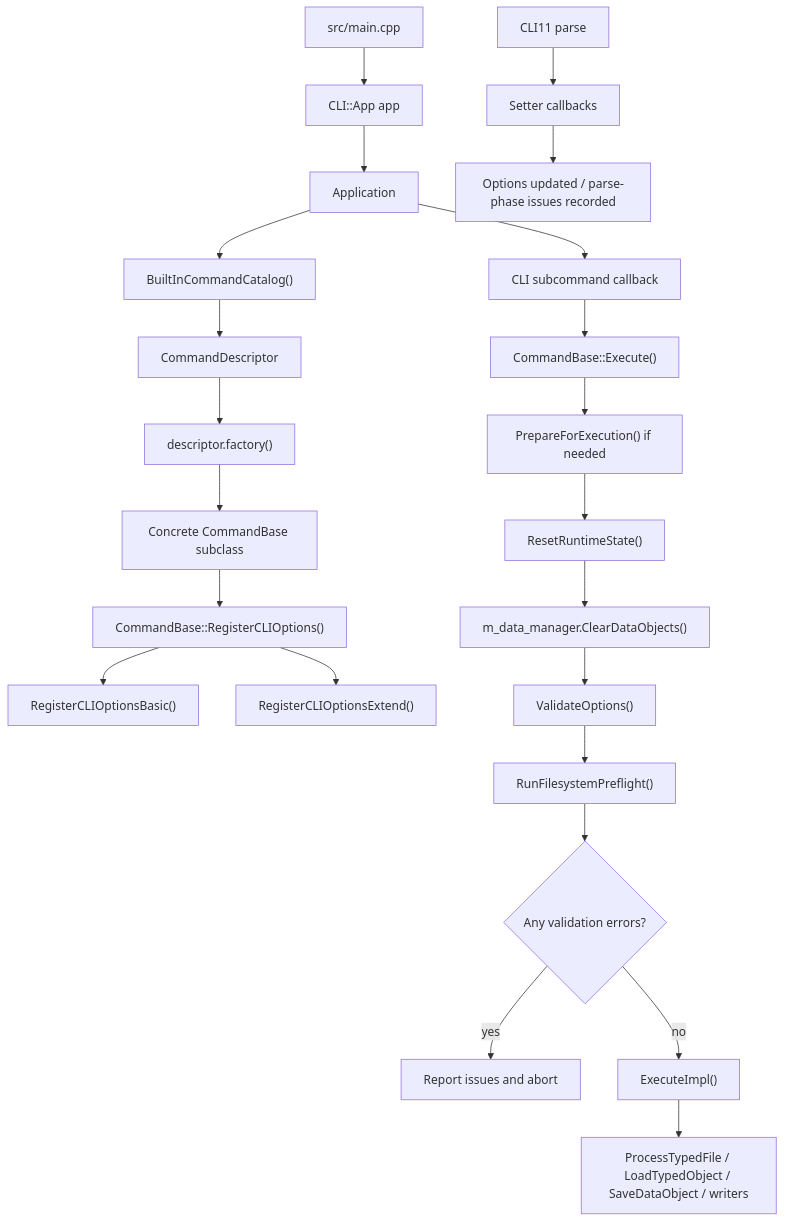
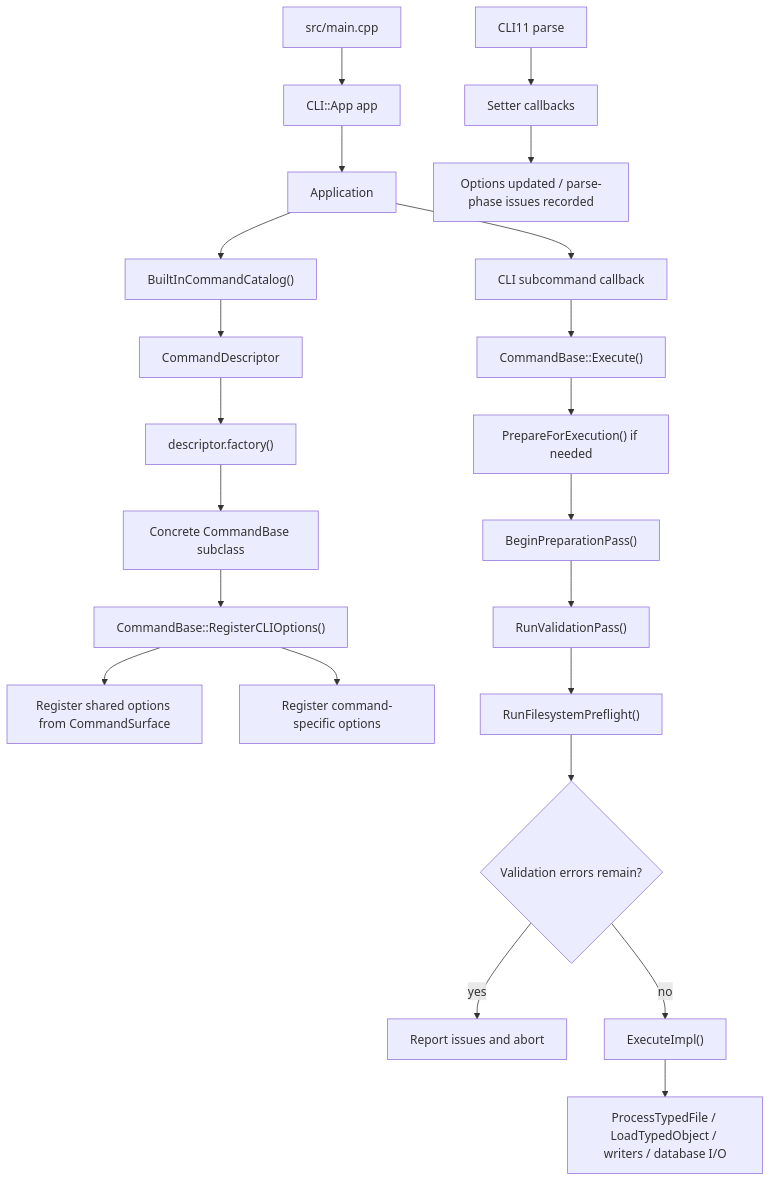
One commit to yslianTim/rhbm_gem changed the first of 2 diagrams in docs/developer/architecture/command-architecture.md. Above: the diagram before and after it, drawn with Mermaid. The commit also changed other lines of this file, not shown here.

````diff
--- a/docs/developer/architecture/command-architecture.md
+++ b/docs/developer/architecture/command-architecture.md
@@ -31,27 +32,26 @@
 ```mermaid
 flowchart TD
     A["src/main.cpp"] --> B["CLI::App app"]
     B --> C["Application"]
     C --> D["BuiltInCommandCatalog()"]
     D --> E["CommandDescriptor"]
     E --> F["descriptor.factory()"]
     F --> G["Concrete CommandBase subclass"]
     G --> H["CommandBase::RegisterCLIOptions()"]
-    H --> I["RegisterCLIOptionsBasic()"]
-    H --> J["RegisterCLIOptionsExtend()"]
+    H --> I["Register shared options from CommandSurface"]
+    H --> J["Register command-specific options"]
 
     K["CLI11 parse"] --> L["Setter callbacks"]
     L --> M["Options updated / parse-phase issues recorded"]
 
     C --> N["CLI subcommand callback"]
     N --> O["CommandBase::Execute()"]
     O --> P["PrepareForExecution() if needed"]
-    P --> Q["ResetRuntimeState()"]
-    Q --> R["m_data_manager.ClearDataObjects()"]
-    R --> S["ValidateOptions()"]
-    S --> T["RunFilesystemPreflight()"]
-    T --> U{"Any validation errors?"}
-    U -- yes --> V["Report issues and abort"]
-    U -- no --> W["ExecuteImpl()"]
-    W --> X["ProcessTypedFile / LoadTypedObject / SaveDataObject / writers"]
+    P --> Q["BeginPreparationPass()"]
+    Q --> R["RunValidationPass()"]
+    R --> S["RunFilesystemPreflight()"]
+    S --> T{"Validation errors remain?"}
+    T -- yes --> U["Report issues and abort"]
+    T -- no --> V["ExecuteImpl()"]
+    V --> W["ProcessTypedFile / LoadTypedObject / writers / database I/O"]
 ```
````
